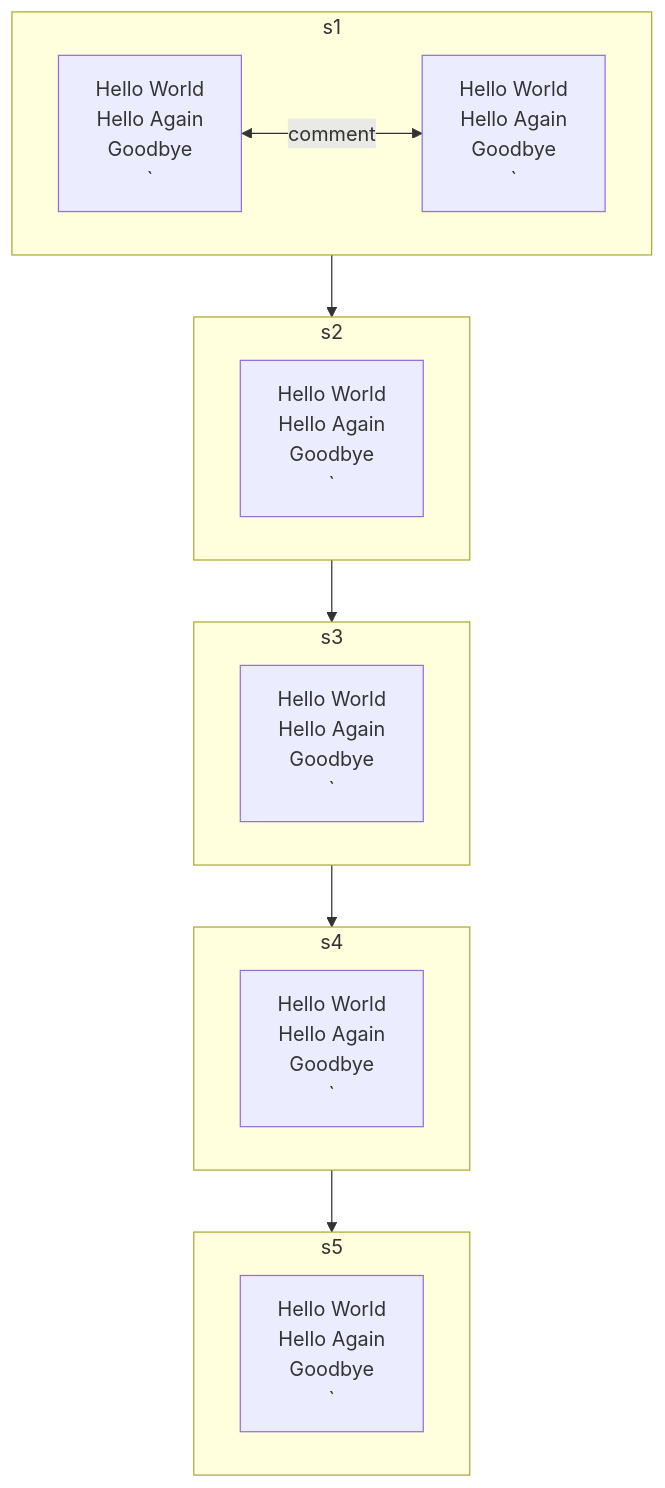
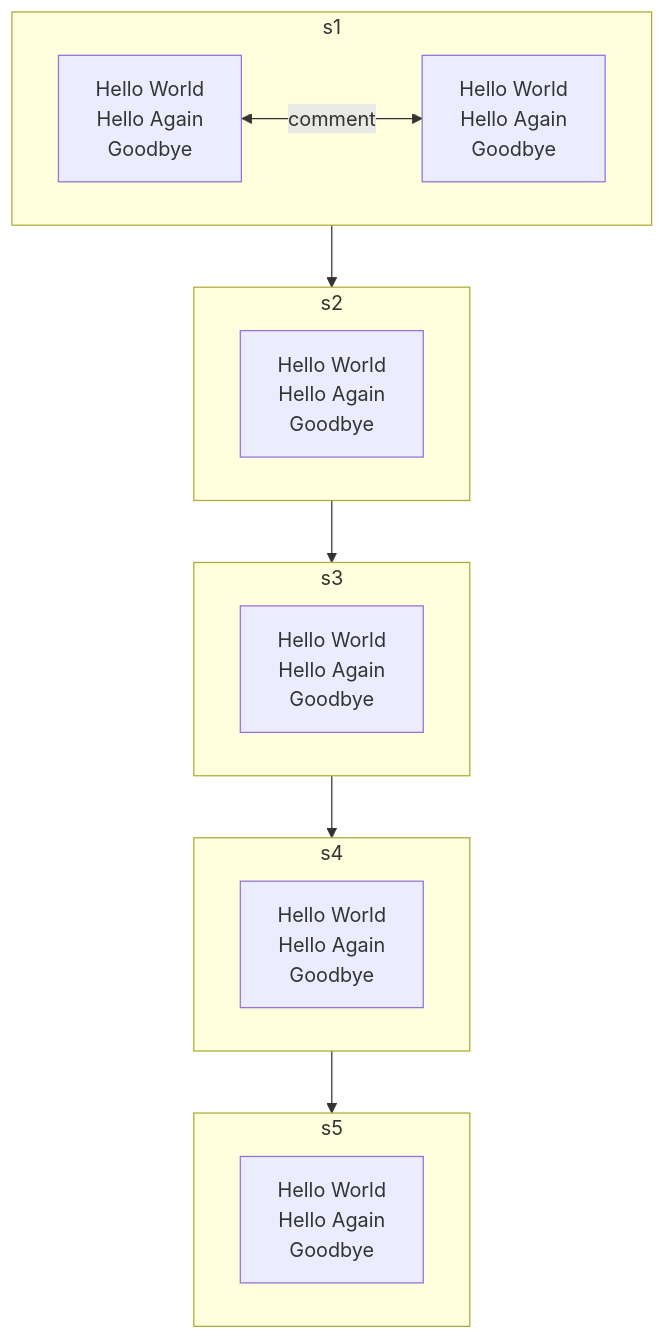
Before and after one commit to Alex-Rafter/wiki: the diagram in daily/2023-05-13.md, drawn with Mermaid.

````diff
--- a/daily/2023-05-13.md
+++ b/daily/2023-05-13.md
@@ -5,61 +5,61 @@
 ```mermaid
 
 flowchart TD
 s1 --> s2
 s2 --> s3
 s3 --> s4
 s4 --> s5
 
 subgraph s1
 
 direction LR
 
 s1Problems["
     Hello World
     Hello Again
     Goodbye
-    `"]
+    "]
 
 s1DesProblems["
     Hello World
     Hello Again
     Goodbye
-`"]
+"]
 
 s1Problems <-- comment--> s1DesProblems
 
 end
 
 subgraph s2
 s2Problems["
     Hello World
     Hello Again
     Goodbye
-    `"]
+    "]
 end
 
 subgraph s3
 s3Problems["
     Hello World
     Hello Again
     Goodbye
-    `"]
+    "]
 end
 
 subgraph s4
 s4Problems["
     Hello World
     Hello Again
     Goodbye
-    `"]
+    "]
 end
 
 subgraph s5
 s5Problems["
     Hello World
     Hello Again
     Goodbye
-    `"]
+    "]
 end
 
 ```
````
